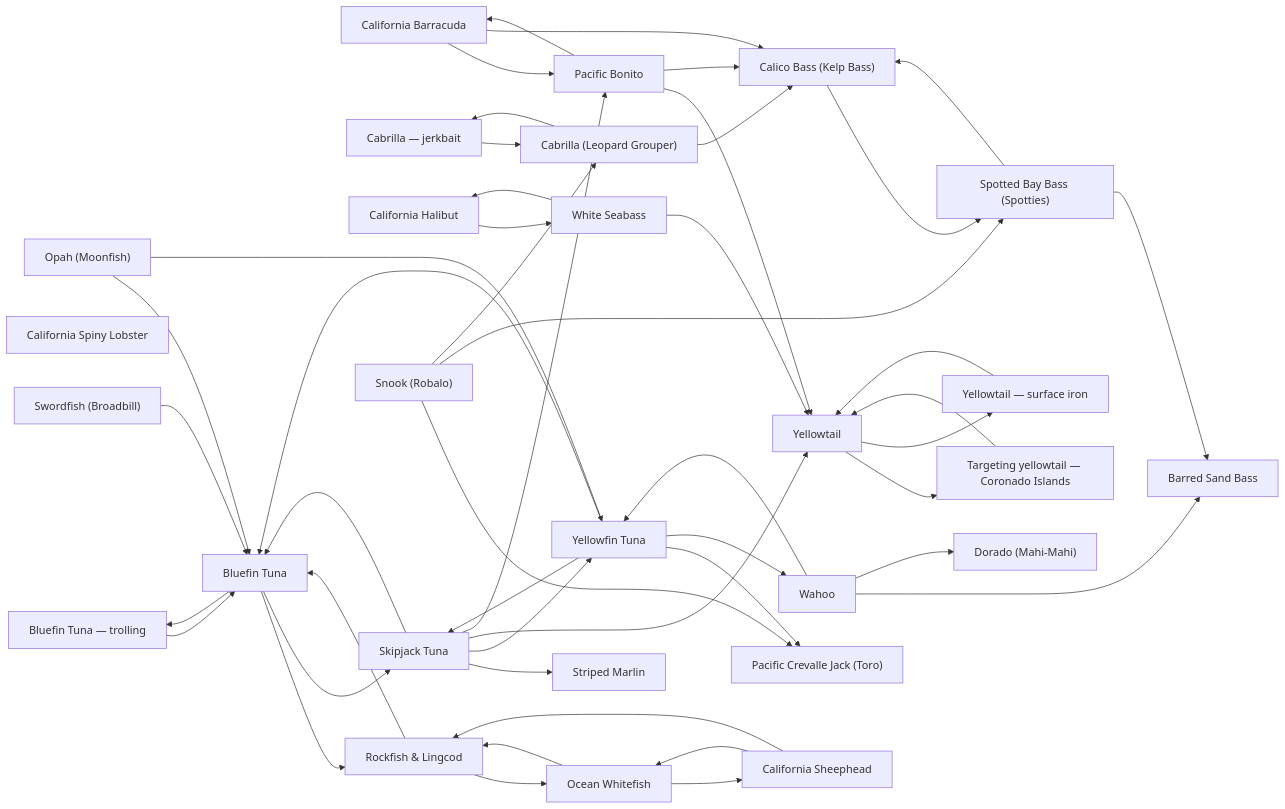
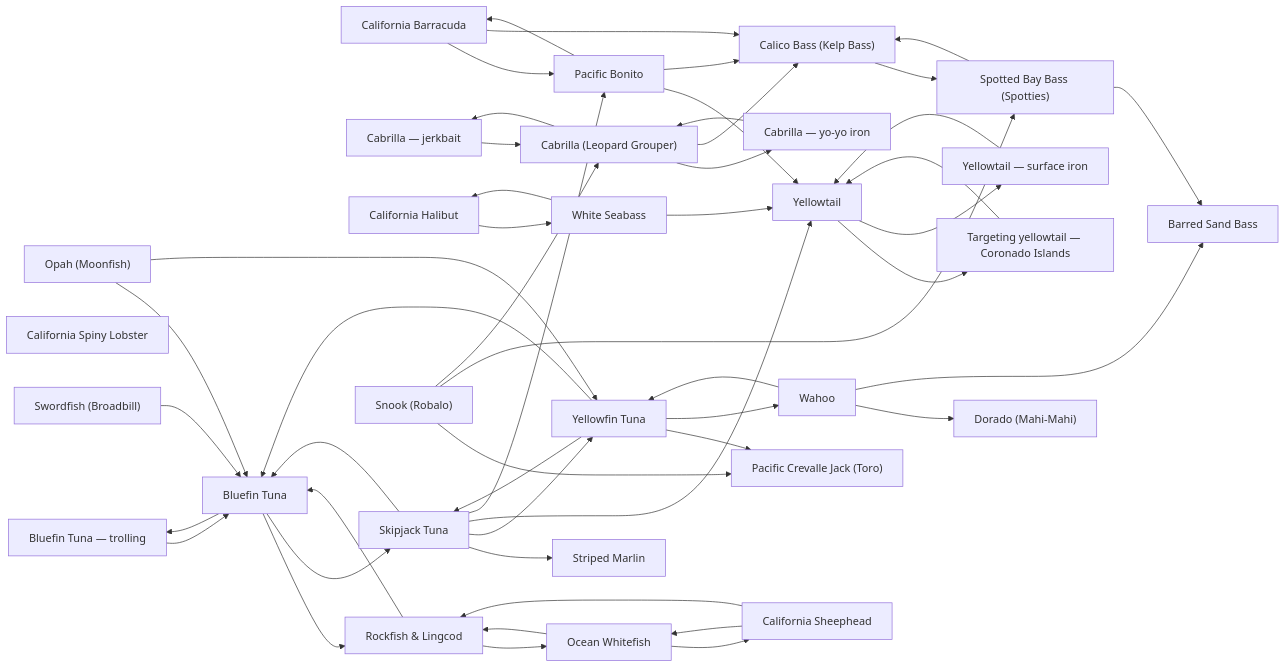
One commit to camchuckpete-max/Socal-Fishing-Knowledge changed the diagram in species/README.md. Above: the diagram before and after it, drawn with Mermaid. The commit also changed other lines of this file and 10 other files, not shown here.

Commit message:
review: relocate species/cabrilla.md → species/cabrilla-yo-yo-iron.md

````diff
--- a/species/README.md
+++ b/species/README.md
@@ -43,76 +44,79 @@
 ```mermaid
 graph LR
   n0["California Barracuda"]
   n1["Bluefin Tuna — trolling"]
   n2["Bluefin Tuna"]
   n3["Pacific Bonito"]
   n4["Cabrilla — jerkbait"]
-  n5["Cabrilla (Leopard Grouper)"]
-  n6["Calico Bass (Kelp Bass)"]
-  n7["California Halibut"]
-  n8["California Spiny Lobster"]
-  n9["Dorado (Mahi-Mahi)"]
-  n10["Ocean Whitefish"]
-  n11["Opah (Moonfish)"]
-  n12["Pacific Crevalle Jack (Toro)"]
-  n13["Rockfish & Lingcod"]
-  n14["Barred Sand Bass"]
-  n15["California Sheephead"]
-  n16["Skipjack Tuna"]
-  n17["Snook (Robalo)"]
-  n18["Spotted Bay Bass (Spotties)"]
-  n19["Striped Marlin"]
-  n20["Swordfish (Broadbill)"]
-  n21["Wahoo"]
-  n22["White Seabass"]
-  n23["Yellowfin Tuna"]
-  n24["Targeting yellowtail — Coronado Islands"]
-  n25["Yellowtail — surface iron"]
-  n26["Yellowtail"]
+  n5["Cabrilla — yo-yo iron"]
+  n6["Cabrilla (Leopard Grouper)"]
+  n7["Calico Bass (Kelp Bass)"]
+  n8["California Halibut"]
+  n9["California Spiny Lobster"]
+  n10["Dorado (Mahi-Mahi)"]
+  n11["Ocean Whitefish"]
+  n12["Opah (Moonfish)"]
+  n13["Pacific Crevalle Jack (Toro)"]
+  n14["Rockfish & Lingcod"]
+  n15["Barred Sand Bass"]
+  n16["California Sheephead"]
+  n17["Skipjack Tuna"]
+  n18["Snook (Robalo)"]
+  n19["Spotted Bay Bass (Spotties)"]
+  n20["Striped Marlin"]
+  n21["Swordfish (Broadbill)"]
+  n22["Wahoo"]
+  n23["White Seabass"]
+  n24["Yellowfin Tuna"]
+  n25["Targeting yellowtail — Coronado Islands"]
+  n26["Yellowtail — surface iron"]
+  n27["Yellowtail"]
   n0 --> n3
-  n0 --> n6
+  n0 --> n7
   n1 --> n2
-  n10 --> n13
-  n10 --> n15
-  n11 --> n2
-  n11 --> n23
-  n13 --> n10
-  n13 --> n2
-  n15 --> n10
-  n15 --> n13
-  n16 --> n19
-  n16 --> n2
-  n16 --> n23
-  n16 --> n26
-  n16 --> n3
-  n17 --> n12
-  n17 --> n18
-  n17 --> n5
-  n18 --> n14
+  n11 --> n14
+  n11 --> n16
+  n12 --> n2
+  n12 --> n24
+  n14 --> n11
+  n14 --> n2
+  n16 --> n11
+  n16 --> n14
+  n17 --> n2
+  n17 --> n20
+  n17 --> n24
+  n17 --> n27
+  n17 --> n3
+  n18 --> n13
+  n18 --> n19
   n18 --> n6
+  n19 --> n15
+  n19 --> n7
   n2 --> n1
-  n2 --> n13
-  n2 --> n16
-  n20 --> n2
-  n21 --> n14
-  n21 --> n23
-  n21 --> n9
-  n22 --> n26
-  n22 --> n7
-  n23 --> n12
-  n23 --> n16
-  n23 --> n2
-  n23 --> n21
-  n24 --> n26
-  n25 --> n26
-  n26 --> n24
-  n26 --> n25
+  n2 --> n14
+  n2 --> n17
+  n21 --> n2
+  n22 --> n10
+  n22 --> n15
+  n22 --> n24
+  n23 --> n27
+  n23 --> n8
+  n24 --> n13
+  n24 --> n17
+  n24 --> n2
+  n24 --> n22
+  n25 --> n27
+  n26 --> n27
+  n27 --> n25
+  n27 --> n26
   n3 --> n0
-  n3 --> n26
-  n3 --> n6
-  n4 --> n5
-  n5 --> n4
+  n3 --> n27
+  n3 --> n7
+  n4 --> n6
   n5 --> n6
-  n6 --> n18
-  n7 --> n22
+  n6 --> n4
+  n6 --> n5
+  n6 --> n7
+  n7 --> n19
+  n8 --> n23
 ```
````
